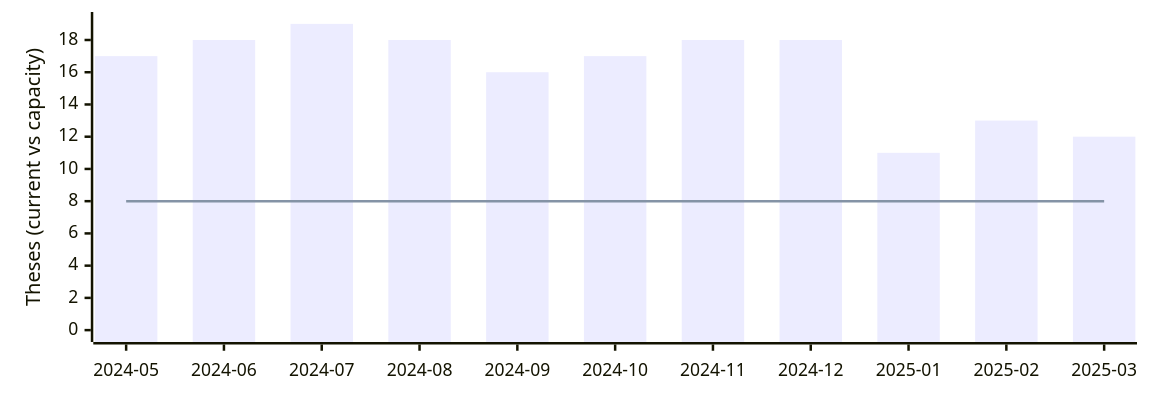
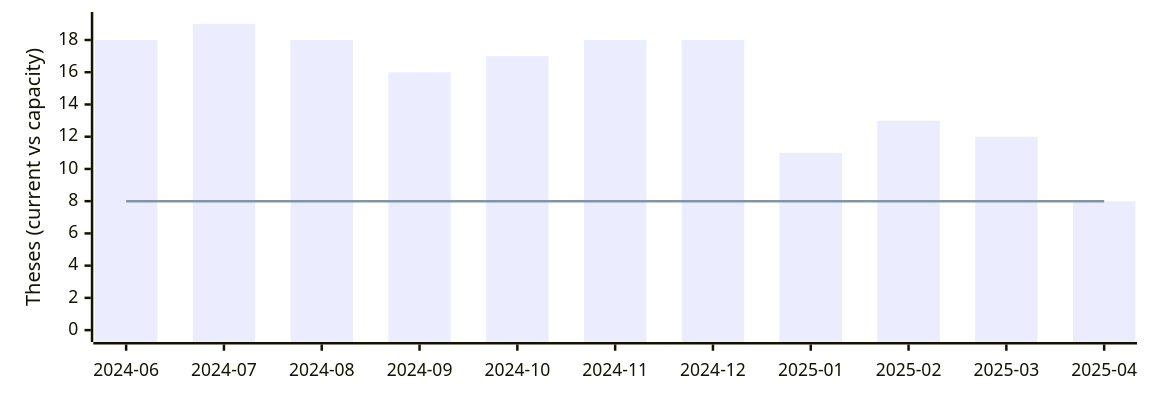
Before and after one commit to digital-work-lab/theses: the diagram in _includes/availability.md, drawn with Mermaid.

Commit message:
Update availability chart

````diff
--- a/_includes/availability.md
+++ b/_includes/availability.md
@@ -2,13 +2,13 @@
 ```mermaid
 ---
 config:
     xyChart:
         width: 900
         height: 300
 ---
 xychart-beta
-    x-axis [2024-05, 2024-06, 2024-07, 2024-08, 2024-09, 2024-10, 2024-11, 2024-12, 2025-01, 2025-02, 2025-03]
+    x-axis [2024-06, 2024-07, 2024-08, 2024-09, 2024-10, 2024-11, 2024-12, 2025-01, 2025-02, 2025-03, 2025-04]
     y-axis "Theses (current vs capacity)" 0 --> 19
-    bar [17, 18, 19, 18, 16, 17, 18, 18, 11, 13, 12]
+    bar [18, 19, 18, 16, 17, 18, 18, 11, 13, 12, 8]
     line [8, 8, 8, 8, 8, 8, 8, 8, 8, 8, 8]
 ```
````
